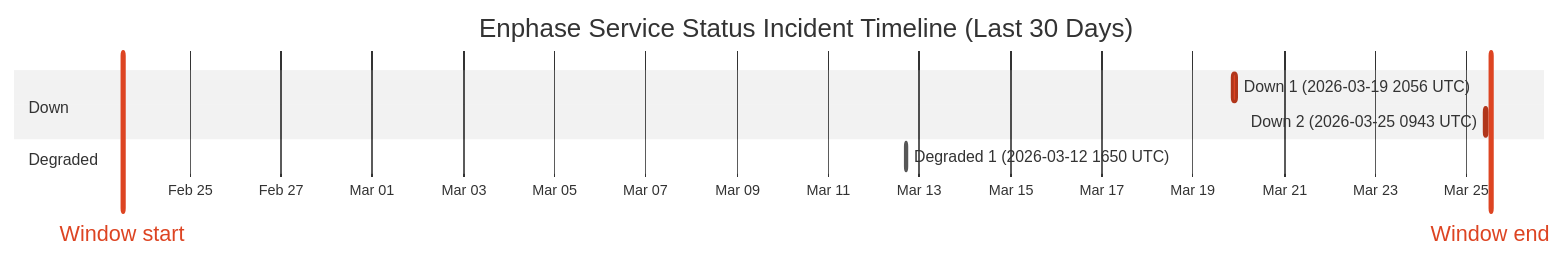
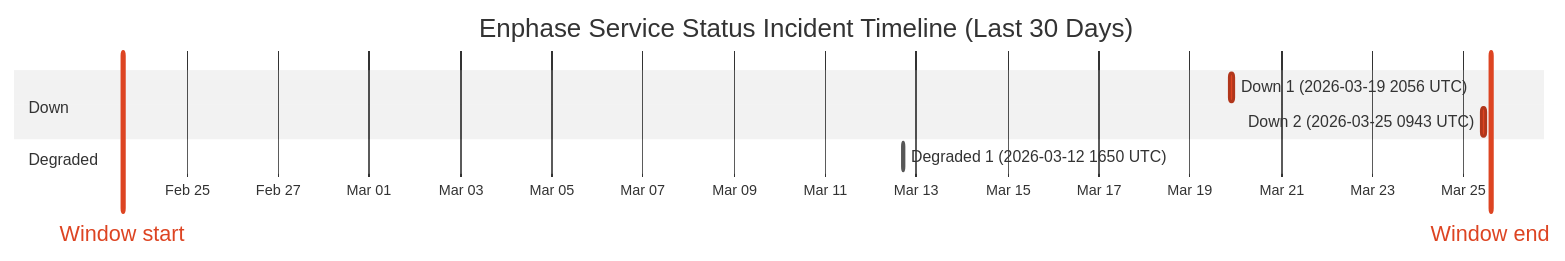
One commit to barneyonline/ha-enphase-ev-charger changed the diagram in wiki/Service-Status-History.md. Above: the diagram before and after it, drawn with Mermaid (neutral theme). The commit also changed other lines of this file and 3 other files, not shown here.

````diff
--- a/wiki/Service-Status-History.md
+++ b/wiki/Service-Status-History.md
@@ -14,13 +14,13 @@
 ```mermaid
 gantt
     title Enphase Service Status Incident Timeline (Last 30 Days)
     dateFormat  YYYY-MM-DDTHH:mm:ss
     axisFormat  %b %d
-    Window start :vert, window-start, 2026-02-23T12:44:38, 0ms
-    Window end :vert, window-end, 2026-03-25T12:44:38, 0ms
+    Window start :vert, window-start, 2026-02-23T14:12:14, 0ms
+    Window end :vert, window-end, 2026-03-25T14:12:14, 0ms
     section Down
     Down 1 (2026-03-19 2056 UTC) :crit, down-1, 2026-03-19T20:56:20, 145m
     Down 2 (2026-03-25 0943 UTC) :crit, down-2, 2026-03-25T09:43:28, 111m
     section Degraded
     Degraded 1 (2026-03-12 1650 UTC) :active, degraded-1, 2026-03-12T16:50:43, 60m
 ```
````
